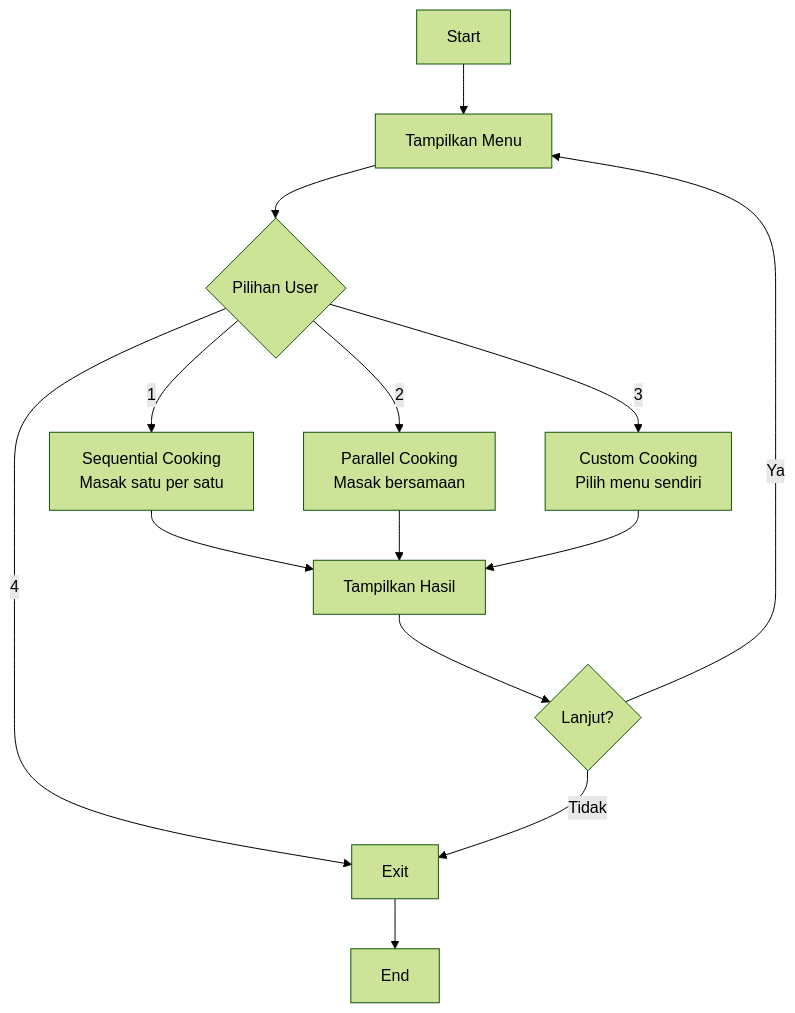
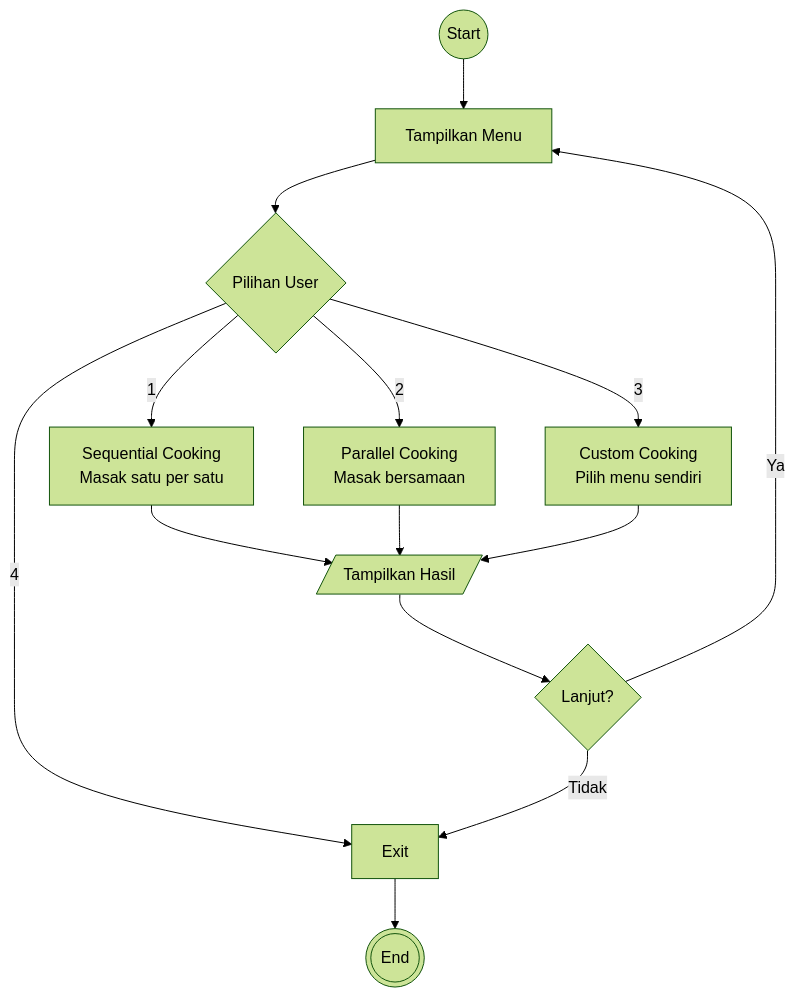
The diagram in flowchart.md (Anggiprayoga28/Koda-B4-Program1), drawn with Mermaid (forest theme) before and after one commit.

Commit message:
Docs: Improve the flowchart shape for start, stop, and output.

````diff
--- a/flowchart.md
+++ b/flowchart.md
@@ -1,24 +1,24 @@
  ```mermaid
 
 flowchart TD
-    A[Start] --> B[Tampilkan Menu]
+    A((Start)) --> B[Tampilkan Menu]
     
     B --> C{Pilihan User}
     
     C -->|1| D[Sequential Cooking<br/>Masak satu per satu]
     C -->|2| E[Parallel Cooking<br/>Masak bersamaan]
     C -->|3| F[Custom Cooking<br/>Pilih menu sendiri]
     C -->|4| G[Exit]
     
-    D --> H[Tampilkan Hasil]
+    D --> H[/Tampilkan Hasil/]
     E --> H
     F --> H
     
     H --> I{Lanjut?}
     I -->|Ya| B
     I -->|Tidak| G
     
-    G --> J[End]
+    G --> J(((End)))
     
 
     ```
````
